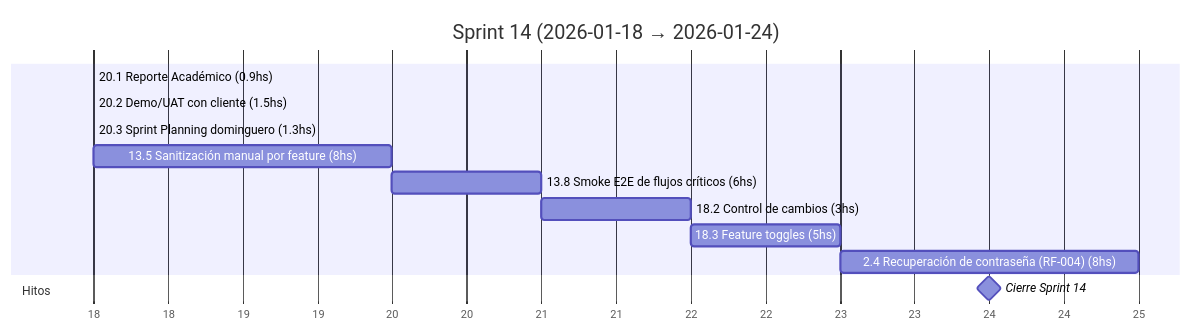
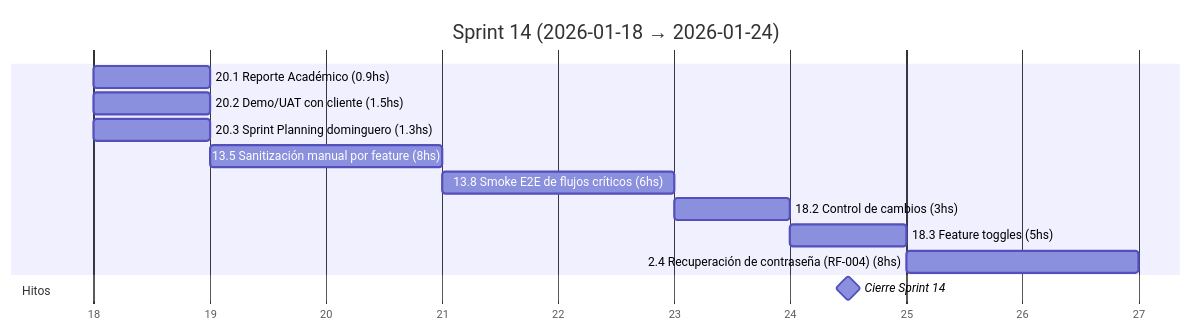
Diagram 15 of 18 in docs/SprintsGantts.md (MarkMed/FleetMan), drawn with Mermaid before and after one commit. The commit also changed other lines of this file, not shown here.

````diff
--- a/docs/SprintsGantts.md
+++ b/docs/SprintsGantts.md
@@ -363,20 +363,20 @@
 ```mermaid
 gantt
   title Sprint 14 (2026-01-18 → 2026-01-24)
   dateFormat  YYYY-MM-DD
   axisFormat  %d
 
   %% Asumimos 5 h/día. Horas estimadas incluidas en el nombre.
 
-  20.1 Reporte Académico (0.9hs)               :t201, 2026-01-18, 0.2d
-  20.2 Demo/UAT con cliente (1.5hs)            :t202, after t201, 0.3d
-  20.3 Sprint Planning dominguero (1.3hs)      :t203, after t202, 0.3d
-  13.5 Sanitización manual por feature (8hs)   :t135, after t203, 1.6d
-  13.8 Smoke E2E de flujos críticos (6hs)      :t138, after t135, 1.2d
-  18.2 Control de cambios (3hs)                :t182, after t138, 0.6d
+  20.1 Reporte Académico (0.9hs)               :t201, 2026-01-18, 1d
+  20.2 Demo/UAT con cliente (1.5hs)            :t202, 2026-01-18, 1d
+  20.3 Sprint Planning dominguero (1.3hs)      :t203, 2026-01-18, 1d
+  13.5 Sanitización manual por feature (8hs)   :t135, after t203, 2d
+  13.8 Smoke E2E de flujos críticos (6hs)      :t138, after t135, 2d
+  18.2 Control de cambios (3hs)                :t182, after t138, 1d
   18.3 Feature toggles (5hs)                   :t183, after t182, 1d
-  2.4 Recuperación de contraseña (RF-004) (8hs) :t24, after t183, 1.6d
+  2.4 Recuperación de contraseña (RF-004) (8hs) :t24, after t183, 2d
 
   section Hitos
-  Cierre Sprint 14                             :milestone, s14, 2026-01-24, 0d
+  Cierre Sprint 14                             :milestone, s14, 2026-01-24, 1d
 ```
````
